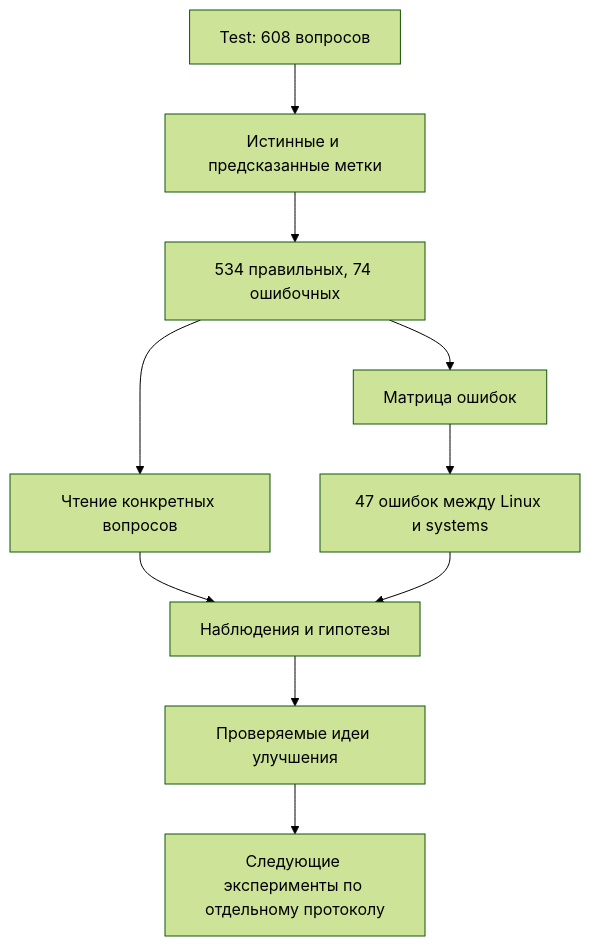
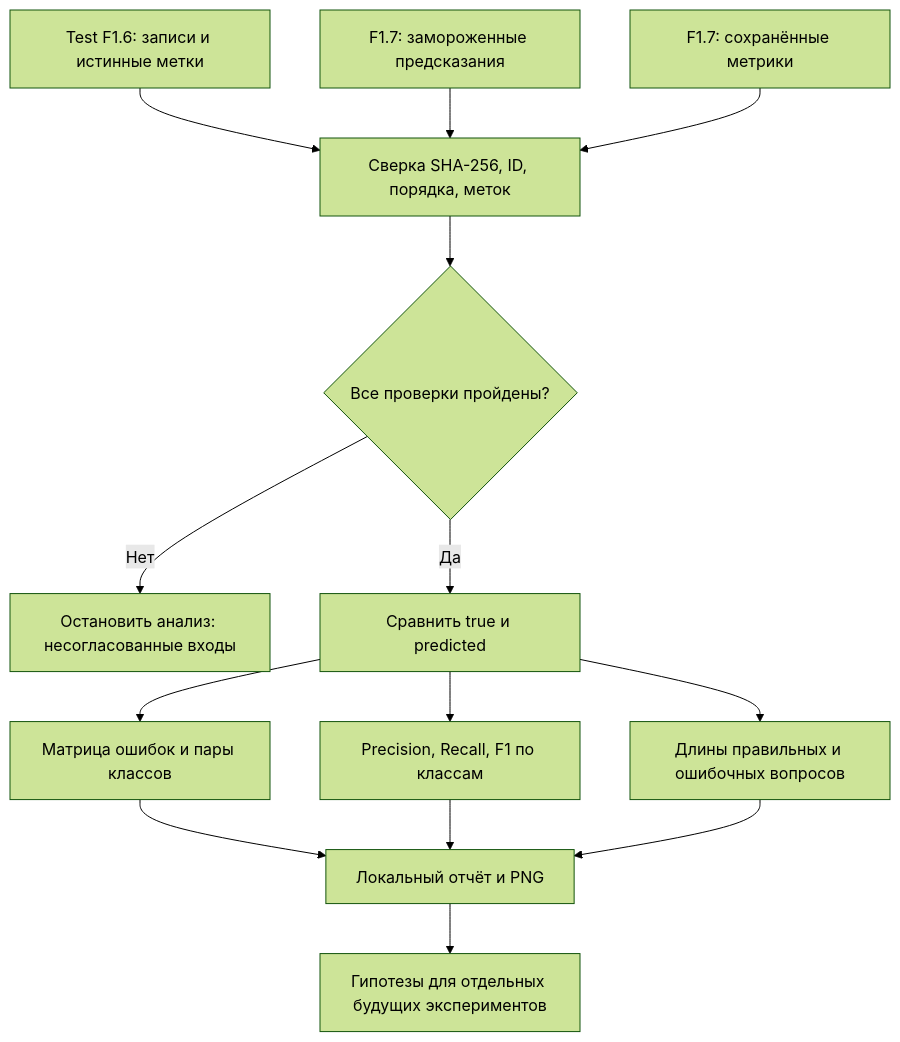
The diagram in docs/steps/F1_08_error_analysis.md (trasher88/ml-engineering-lab), drawn with Mermaid (forest theme) before and after one commit. The commit also changed other lines of this file and 8 other files, not shown here.

````diff
--- a/docs/steps/F1_08_error_analysis.md
+++ b/docs/steps/F1_08_error_analysis.md
@@ -103,12 +252,16 @@
 ```mermaid
 flowchart TD
-    A["Test: 608 вопросов"] --> B["Истинные и предсказанные метки"]
-    B --> C["534 правильных, 74 ошибочных"]
-    C --> D["Матрица ошибок"]
-    C --> E["Чтение конкретных вопросов"]
-    D --> F["47 ошибок между Linux и systems"]
-    E --> G["Наблюдения и гипотезы"]
-    F --> G
-    G --> H["Проверяемые идеи улучшения"]
-    H --> I["Следующие эксперименты по отдельному протоколу"]
+    Test["Test F1.6: записи и истинные метки"] --> Check["Сверка SHA-256, ID, порядка, меток"]
+    Pred["F1.7: замороженные предсказания"] --> Check
+    Report["F1.7: сохранённые метрики"] --> Check
+    Check --> Valid{"Все проверки пройдены?"}
+    Valid -->|Нет| Stop["Остановить анализ: несогласованные входы"]
+    Valid -->|Да| Compare["Сравнить true и predicted"]
+    Compare --> Matrix["Матрица ошибок и пары классов"]
+    Compare --> Scores["Precision, Recall, F1 по классам"]
+    Compare --> Length["Длины правильных и ошибочных вопросов"]
+    Matrix --> Results["Локальный отчёт и PNG"]
+    Scores --> Results
+    Length --> Results
+    Results --> Hypotheses["Гипотезы для отдельных будущих экспериментов"]
 ```
````
